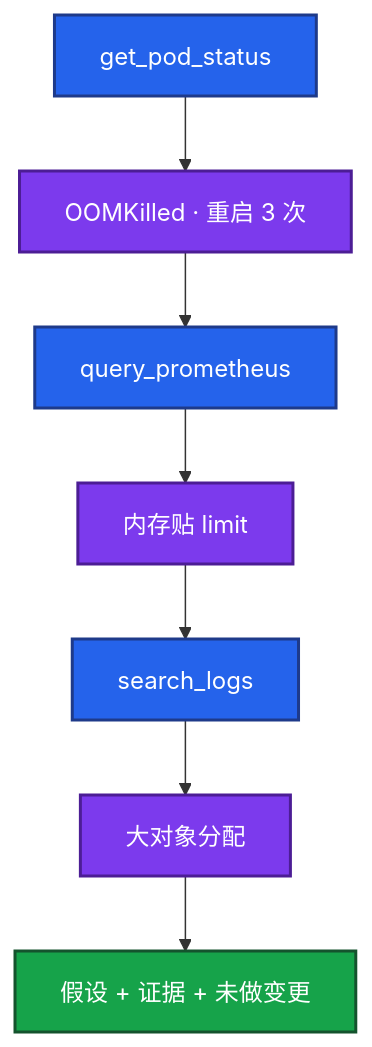
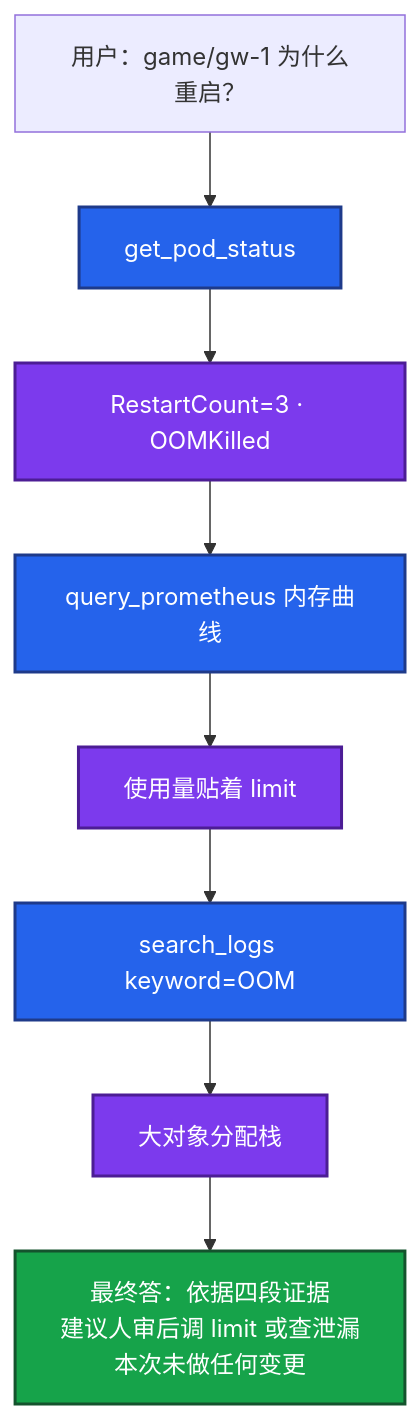
One commit to ml-cuizijun/LearnToLilith changed the fourth of 4 diagrams in 09-AI与智能运维/04-Function-Calling与Tool-Use/练习题.md. Above: the diagram before and after it, drawn with Mermaid. The commit also changed other lines of this file and 213 other files, not shown here.

````diff
--- a/09-AI与智能运维/04-Function-Calling与Tool-Use/练习题.md
+++ b/09-AI与智能运维/04-Function-Calling与Tool-Use/练习题.md
@@ -199,15 +299,17 @@
 ```mermaid
 flowchart TB
-    a[get_pod_status] --> o[OOMKilled · 重启 3 次]
-    o --> b[query_prometheus]
-    b --> m[内存贴 limit]
-    m --> c[search_logs]
-    c --> l[大对象分配]
-    l --> f[假设 + 证据 + 未做变更]
+    u[用户：game/gw-1 为什么重启？]
+    u --> a[get_pod_status]
+    a --> o[RestartCount=3 · OOMKilled]
+    o --> b[query_prometheus 内存曲线]
+    b --> m[使用量贴着 limit]
+    m --> c[search_logs keyword=OOM]
+    c --> l[大对象分配栈]
+    l --> f[最终答：依据四段证据<br/>建议人审后调 limit 或查泄漏<br/>本次未做任何变更]
     classDef t fill:#2563EB,stroke:#1E3A8A,stroke-width:2px,color:#fff
     classDef d fill:#7C3AED,stroke:#4C1D95,stroke-width:2px,color:#fff
     classDef ok fill:#16A34A,stroke:#14532D,stroke-width:2px,color:#fff
     class a,b,c t
     class o,m,l d
     class f ok
 ```
````
